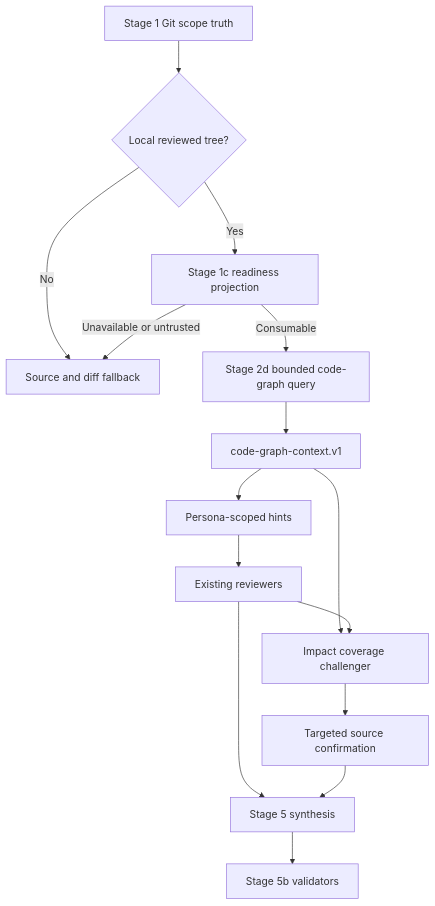
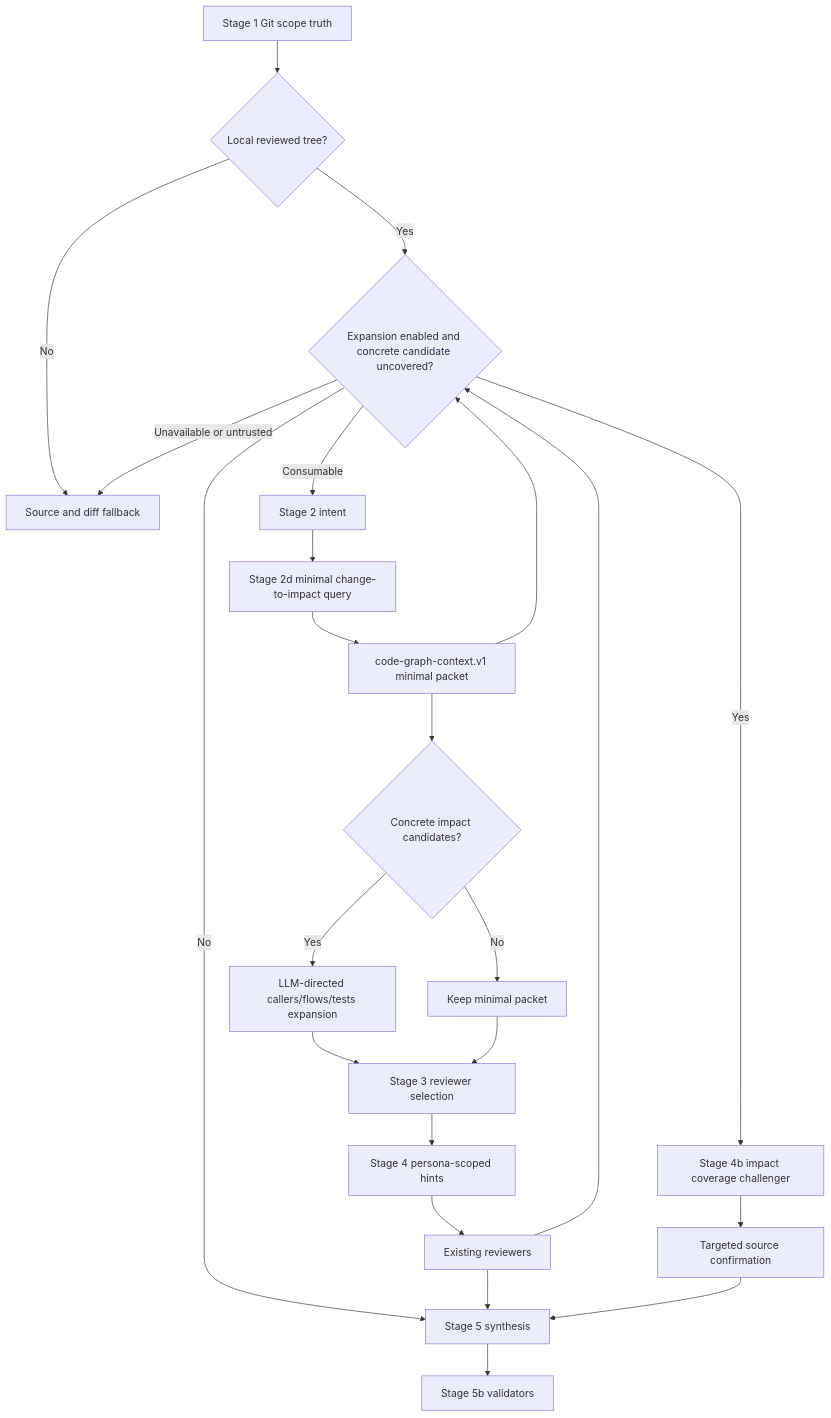
One commit to leo-kuang-ai/spec-first changed the first of 3 diagrams in docs/plans/2026-07-12-005-feat-spec-code-review-code-graph-advisory-integration-plan.md. Above: the diagram before and after it, drawn with Mermaid. The commit also changed other lines of this file and 14 other files, not shown here.

Commit message:
refactor(mcp-setup): 收敛 Graphify 单向切换与评审方案

````diff
--- a/docs/plans/2026-07-12-005-feat-spec-code-review-code-graph-advisory-integration-plan.md
+++ b/docs/plans/2026-07-12-005-feat-spec-code-review-code-graph-advisory-integration-plan.md
@@ -166,17 +220,25 @@
 ```mermaid
 flowchart TB
   A[Stage 1 Git scope truth] --> B{Local reviewed tree?}
   B -->|No| F[Source and diff fallback]
   B -->|Yes| C[Stage 1c readiness projection]
   C -->|Unavailable or untrusted| F
-  C -->|Consumable| D[Stage 2d bounded code-graph query]
-  D --> E[code-graph-context.v1]
-  E --> G[Persona-scoped hints]
+  C -->|Consumable| D[Stage 2 intent]
+  D --> E[Stage 2d minimal change-to-impact query]
+  E --> P[code-graph-context.v1 minimal packet]
+  P --> Q{Concrete impact candidates?}
+  Q -->|Yes| X[LLM-directed callers/flows/tests expansion]
+  Q -->|No| S[Keep minimal packet]
+  X --> R[Stage 3 reviewer selection]
+  S --> R
+  R --> G[Stage 4 persona-scoped hints]
   G --> H[Existing reviewers]
-  E --> I[Impact coverage challenger]
-  H --> I
+  P --> C{Expansion enabled and concrete candidate uncovered?}
+  H --> C
+  C -->|Yes| I[Stage 4b impact coverage challenger]
+  C -->|No| K[Stage 5 synthesis]
   I --> J[Targeted source confirmation]
-  H --> K[Stage 5 synthesis]
+  H --> K
   J --> K
   K --> L[Stage 5b validators]
 ```
````
